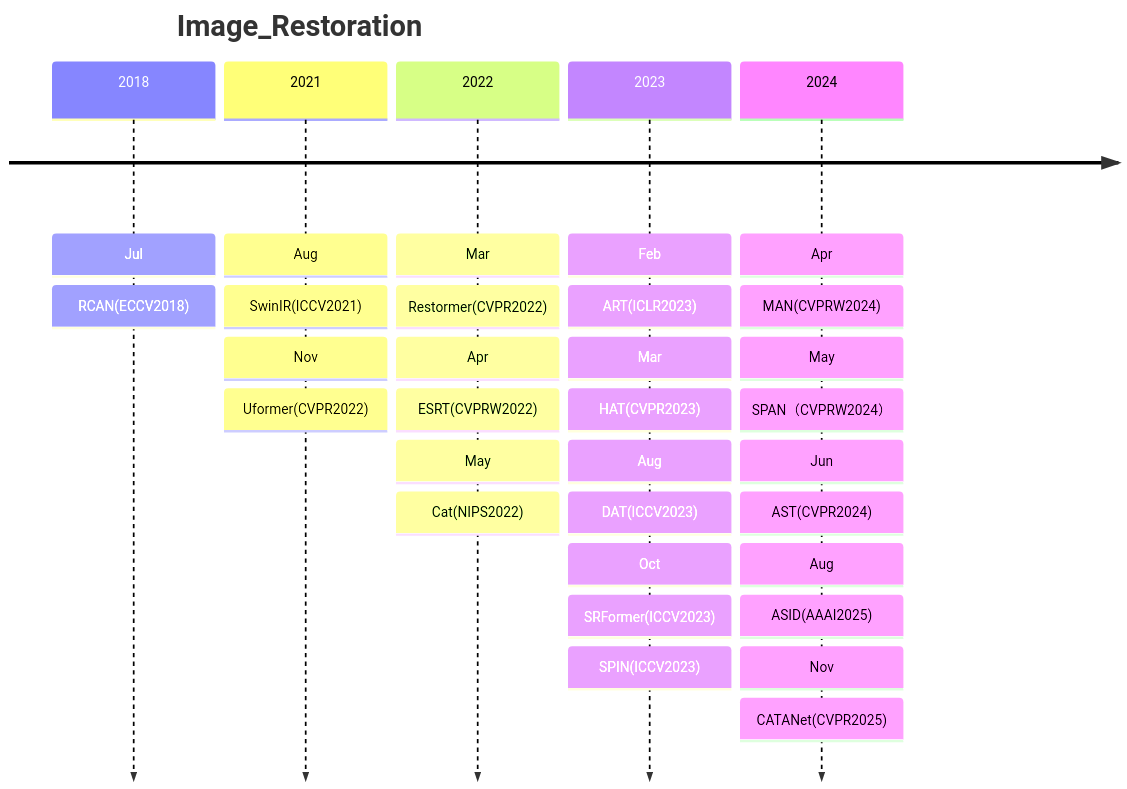
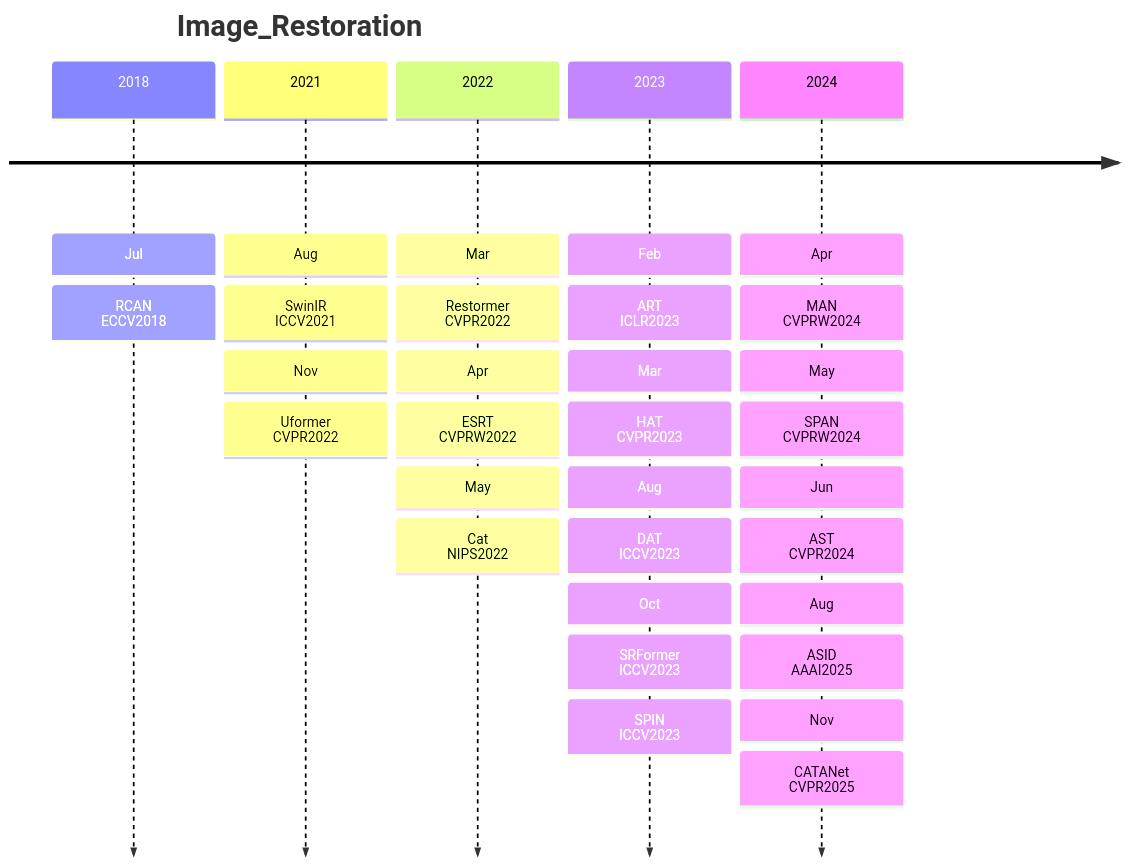
One commit to Elephant-King9/Paper changed the first of 8 diagrams in CV/Super_Resolution(SR)/analyse.md. Above: the diagram before and after it, drawn with Mermaid. The commit also changed 6271 other files, not shown here.

````diff
--- a/CV/Super_Resolution(SR)/analyse.md
+++ b/CV/Super_Resolution(SR)/analyse.md
@@ -5,36 +5,36 @@
 ```mermaid
 timeline
     title Image_Restoration
     2018: Jul
-    		: RCAN(ECCV2018)
+    		: RCAN<br>ECCV2018
     2021: Aug
-    		: SwinIR(ICCV2021)
+    		: SwinIR<br>ICCV2021
     		:	Nov
-    		: Uformer(CVPR2022)
+    		: Uformer<br>CVPR2022
     2022: Mar
-    		: Restormer(CVPR2022)
+    		: Restormer<br>CVPR2022
     		: Apr
-    		: ESRT(CVPRW2022)
+    		: ESRT<br>CVPRW2022
     		: May
-    		: Cat(NIPS2022)
+    		: Cat<br>NIPS2022
     2023: Feb
-    		: ART(ICLR2023)
+    		: ART<br>ICLR2023
     		: Mar
-    		: HAT(CVPR2023)
+    		: HAT<br>CVPR2023
   			: Aug
-    		: DAT(ICCV2023)
+    		: DAT<br>ICCV2023
   			: Oct
-  			: SRFormer(ICCV2023)
-  			: SPIN(ICCV2023)
+  			: SRFormer<br>ICCV2023
+  			: SPIN<br>ICCV2023
     2024: Apr
-    		: MAN(CVPRW2024)
+    		: MAN<br>CVPRW2024
     		: May
-    		: SPAN（CVPRW2024）
+    		: SPAN<br>CVPRW2024
     		: Jun
-    		: AST(CVPR2024)
+    		: AST<br>CVPR2024
     		: Aug
-    		: ASID(AAAI2025)
+    		: ASID<br>AAAI2025
     		: Nov
-    		: CATANet(CVPR2025)
+    		: CATANet<br>CVPR2025
     
 ```
````
